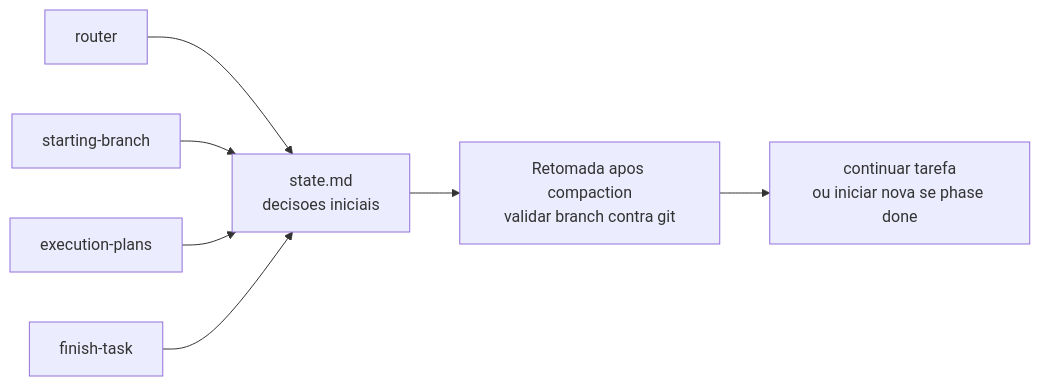
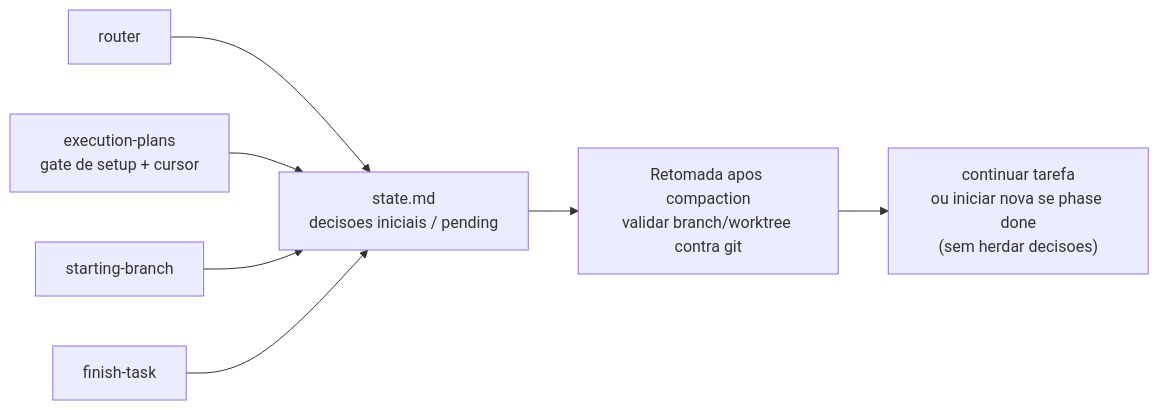
The ninth of 11 diagrams in README.md (rpelizza/PelizzAI), drawn with Mermaid before and after one commit. The commit also changed other lines of this file and 34 other files, not shown here.

````diff
--- a/README.md
+++ b/README.md
@@ -316,10 +359,10 @@
 ```mermaid
 flowchart LR
-    RT["router"] --> ST["state.md<br/>decisoes iniciais"]
+    RT["router"] --> ST["state.md<br/>decisoes iniciais / pending"]
+    EXP["execution-plans<br/>gate de setup + cursor"] --> ST
     SB["starting-branch"] --> ST
-    EXP["execution-plans"] --> ST
     FIN["finish-task"] --> ST
 
-    ST --> RESUME["Retomada apos compaction<br/>validar branch contra git"]
-    RESUME --> NEXT["continuar tarefa<br/>ou iniciar nova se phase done"]
+    ST --> RESUME["Retomada apos compaction<br/>validar branch/worktree contra git"]
+    RESUME --> NEXT["continuar tarefa<br/>ou iniciar nova se phase done<br/>(sem herdar decisoes)"]
 ```
````
